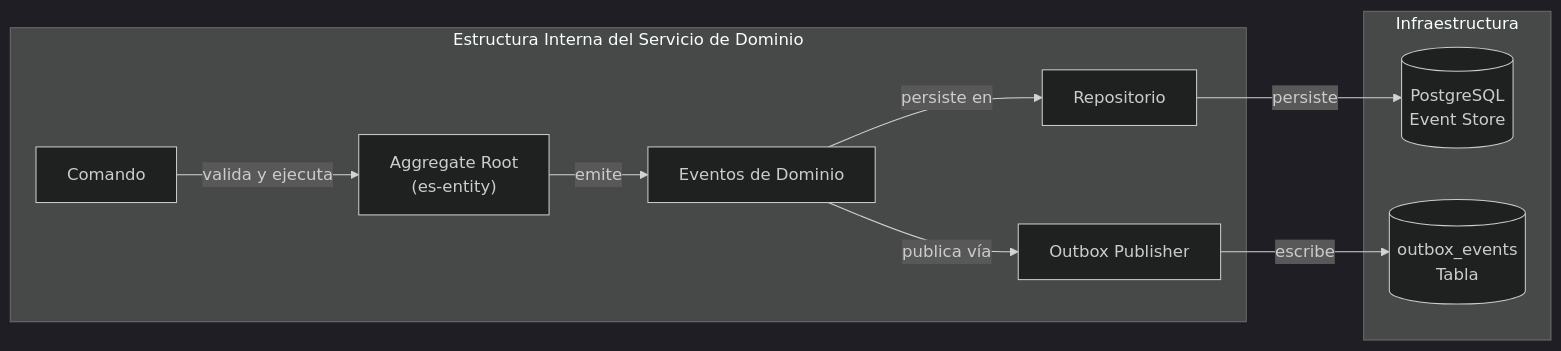
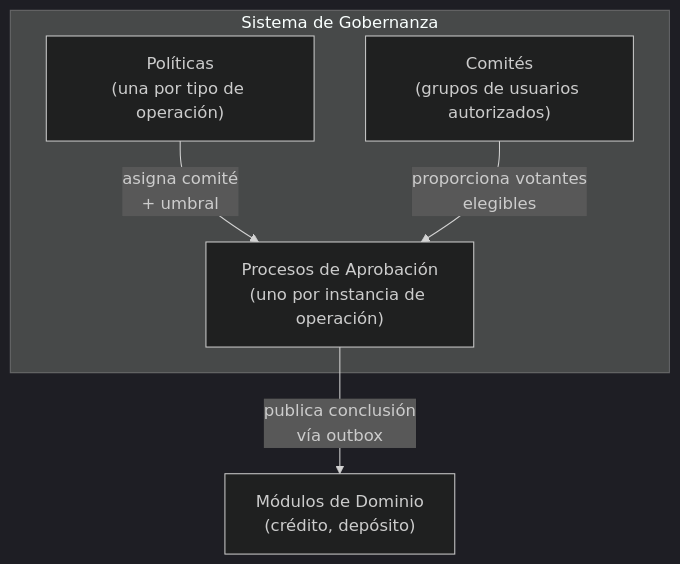
One commit to GaloyMoney/lana-bank changed the first of 2 diagrams in docs-site/i18n/es/docusaurus-plugin-content-docs/current/technical-documentation/approvals/index.md. Above: the diagram before and after it, drawn with Mermaid (dark theme). The commit also changed other lines of this file and 76 other files, not shown here.

````diff
--- a/docs-site/i18n/es/docusaurus-plugin-content-docs/current/technical-documentation/approvals/index.md
+++ b/docs-site/i18n/es/docusaurus-plugin-content-docs/current/technical-documentation/approvals/index.md
@@ -11,14 +15,11 @@
 ```mermaid
-graph LR
-    subgraph DomainService["Estructura Interna del Servicio de Dominio"]
-        CMD["Comando"] -->|"valida y ejecuta"| AGG["Aggregate Root<br/>(es-entity)"]
-        AGG -->|"emite"| EVT["Eventos de Dominio"]
-        EVT -->|"persiste en"| REPO["Repositorio"]
-        EVT -->|"publica vía"| OUTBOX["Outbox Publisher"]
+graph TD
+    subgraph GOV["Sistema de Gobernanza"]
+        POL["Políticas<br/>(una por tipo de operación)"]
+        COM["Comités<br/>(grupos de usuarios autorizados)"]
+        PROC["Procesos de Aprobación<br/>(uno por instancia de operación)"]
     end
-
-    subgraph Infrastructure["Infraestructura"]
-        REPO -->|"persiste"| PG[("PostgreSQL<br/>Event Store")]
-        OUTBOX -->|"escribe"| OE[("outbox_events<br/>Tabla")]
-    end
+    POL -->|"asigna comité<br/>+ umbral"| PROC
+    COM -->|"proporciona votantes<br/>elegibles"| PROC
+    PROC -->|"publica conclusión<br/>vía outbox"| EVT["Módulos de Dominio<br/>(crédito, depósito)"]
 ```
````
